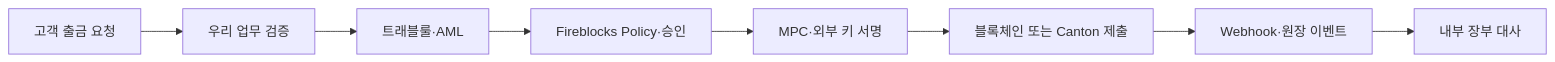
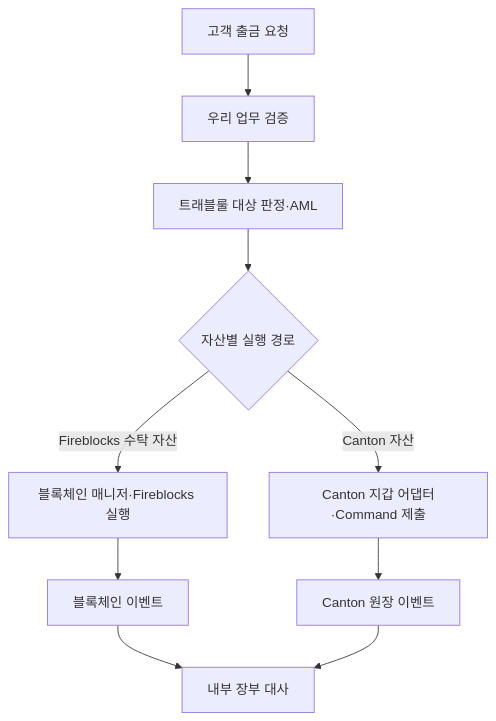
The diagram in blockchain-manager/docs/온보딩/시작하기/00-overview.md (eunsujeo/eunpus), drawn with Mermaid before and after one commit. The commit also changed other lines of this file and 24 other files, not shown here.

````diff
--- a/blockchain-manager/docs/온보딩/시작하기/00-overview.md
+++ b/blockchain-manager/docs/온보딩/시작하기/00-overview.md
@@ -40,10 +39,12 @@
 ```mermaid
-flowchart LR
+flowchart TD
     A[고객 출금 요청] --> B[우리 업무 검증]
-    B --> C[트래블룰·AML]
-    C --> D[Fireblocks Policy·승인]
-    D --> E[MPC·외부 키 서명]
-    E --> F[블록체인 또는 Canton 제출]
-    F --> G[Webhook·원장 이벤트]
-    G --> H[내부 장부 대사]
+    B --> C[트래블룰 대상 판정·AML]
+    C --> E{자산별 실행 경로}
+    E -->|Fireblocks 수탁 자산| F[블록체인 매니저·Fireblocks 실행]
+    E -->|Canton 자산| G[Canton 지갑 어댑터·Command 제출]
+    F --> H[블록체인 이벤트]
+    G --> I[Canton 원장 이벤트]
+    H --> J[내부 장부 대사]
+    I --> J
 ```
````
